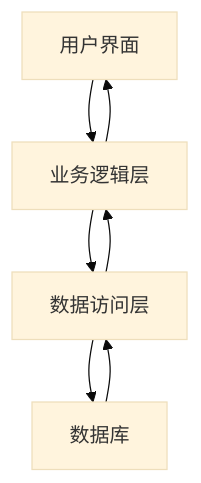
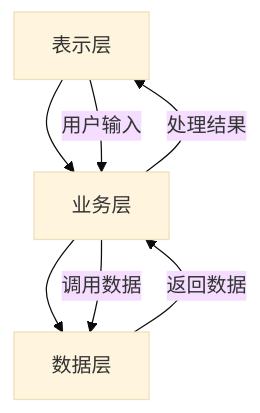
The diagram in output/software_junior/09_软件架构设计_.md (yuedong111/learnmix_resource), drawn with Mermaid (base theme) before and after one commit. The commit also changed other lines of this file and 15 other files, not shown here.

Commit message:
Refactor chapters 15 and 16: Enhance clarity and structure on system reliability and standardization concepts, including improved examples and definitions. Update markdown formatting and add diagrams for better understanding.

````diff
--- a/output/software_junior/09_软件架构设计_.md
+++ b/output/software_junior/09_软件架构设计_.md
@@ -120,9 +67,9 @@
 ```mermaid
 graph TD
-    A[用户界面] --> B[业务逻辑层]
-    B --> C[数据访问层]
-    C --> D[数据库]
-    D --> C
-    C --> B
-    B --> A
+    A[表示层] --> B[业务层]
+    B --> C[数据层]
+    A -->|用户输入| B
+    B -->|调用数据| C
+    C -->|返回数据| B
+    B -->|处理结果| A
 ```
````
